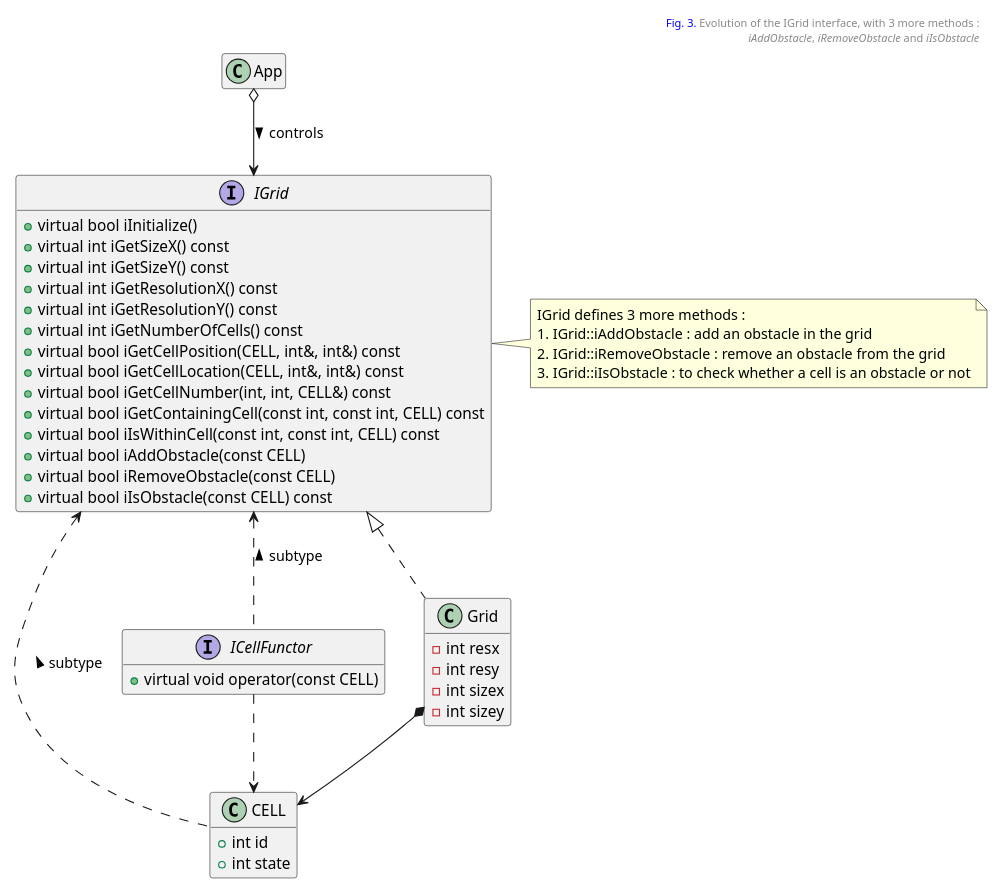
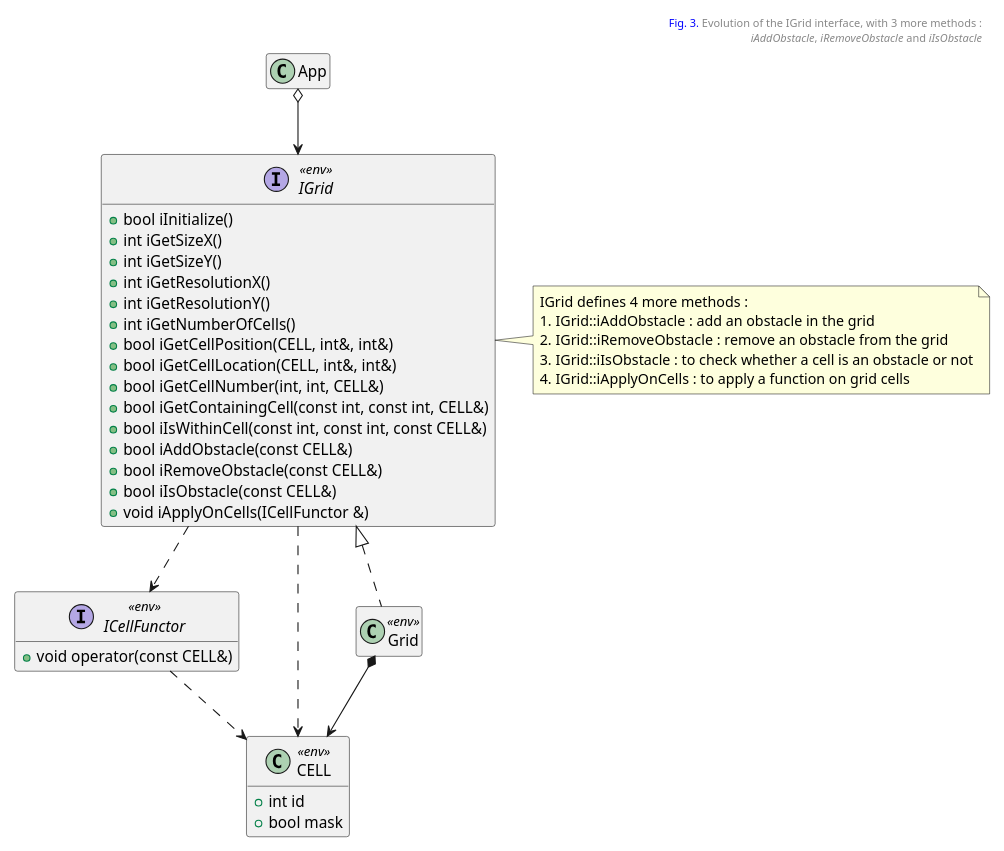
One commit to kanmeugne/kanmeugne.github.io changed the third of 4 diagrams in _posts/modsim/2020-10-04-2d-grid-obstacles.md. Above: the diagram before and after it, drawn with PlantUML. The commit also changed other lines of this file and 3 other files, not shown here.

```diff
--- a/_posts/modsim/2020-10-04-2d-grid-obstacles.md
+++ b/_posts/modsim/2020-10-04-2d-grid-obstacles.md
@@ -185,62 +190,53 @@
 {% plantuml %}
 @startuml
 header
 <font color=blue>Fig. 3.</font> Evolution of the IGrid interface, with 3 more methods :
 <i>iAddObstacle</i>, <i>iRemoveObstacle</i> and <i>iIsObstacle</i>
 end header
 scale 0.8
-class App {
-    + {static} const int DEFAULT_HEIGHT
-    + {static} const int DEFAULT_WIDTH
-    + {static} const int DEFAULT_RESX
-    + {static} const int DEFAULT_RESY
-    + void run()
-    + void display()
+class App 
+class CELL <<env>> {
+    + int id
+    + bool mask
 }
-class CELL {
-    + int id
-    + int state
+interface ICellFunctor <<env>> {
+    + void operator(const CELL&)
 }
-interface ICellFunctor {
-    + virtual void operator(const CELL)
-}
-interface IGrid {
-    + virtual bool iInitialize()
-    + virtual int iGetSizeX() const
-    + virtual int iGetSizeY() const
-    + virtual int iGetResolutionX() const
-    + virtual int iGetResolutionY() const
-    + virtual int iGetNumberOfCells() const
-    + virtual bool iGetCellPosition(CELL, int&, int&) const
-    + virtual bool iGetCellLocation(CELL, int&, int&) const
-    + virtual bool iGetCellNumber(int, int, CELL&) const
-    + virtual bool iGetContainingCell(const int, const int, CELL) const
-    + virtual bool iIsWithinCell(const int, const int, CELL) const
-    + virtual bool iAddObstacle(const CELL)
-    + virtual bool iRemoveObstacle(const CELL)
-    + virtual bool iIsObstacle(const CELL) const
+interface IGrid <<env>> {
+    + bool iInitialize()
+    + int iGetSizeX()
+    + int iGetSizeY()
+    + int iGetResolutionX()
+    + int iGetResolutionY()
+    + int iGetNumberOfCells()
+    + bool iGetCellPosition(CELL, int&, int&)
+    + bool iGetCellLocation(CELL, int&, int&)
+    + bool iGetCellNumber(int, int, CELL&)
+    + bool iGetContainingCell(const int, const int, CELL&)
+    + bool iIsWithinCell(const int, const int, const CELL&)
+    + bool iAddObstacle(const CELL&)
+    + bool iRemoveObstacle(const CELL&)
+    + bool iIsObstacle(const CELL&)
+    + void iApplyOnCells(ICellFunctor &)
 }
 note right
-IGrid defines 3 more methods :
+IGrid defines 4 more methods :
 # IGrid::iAddObstacle : add an obstacle in the grid
 # IGrid::iRemoveObstacle : remove an obstacle from the grid
 # IGrid::iIsObstacle : to check whether a cell is an obstacle or not
+# IGrid::iApplyOnCells : to apply a function on grid cells
 end note
-class Grid implements IGrid {
-    - int resx
-    - int resy
-    - int sizex
-    - int sizey
+class Grid <<env>> implements IGrid {
 }
-IGrid <.. CELL : subtype <
-IGrid <.. ICellFunctor : subtype <
-ICellFunctor ..> CELL
+IGrid ..> CELL
+IGrid .> ICellFunctor
+ICellFunctor .> CELL
 Grid *--> CELL
-App o--> IGrid : controls >
+App o--> IGrid
 hide App members
 hide IGrid fields
 hide CELL methods
-hide Grid methods
+hide Grid members
 hide ICellFunctor fields
 @enduml
 {% endplantuml %}
```
